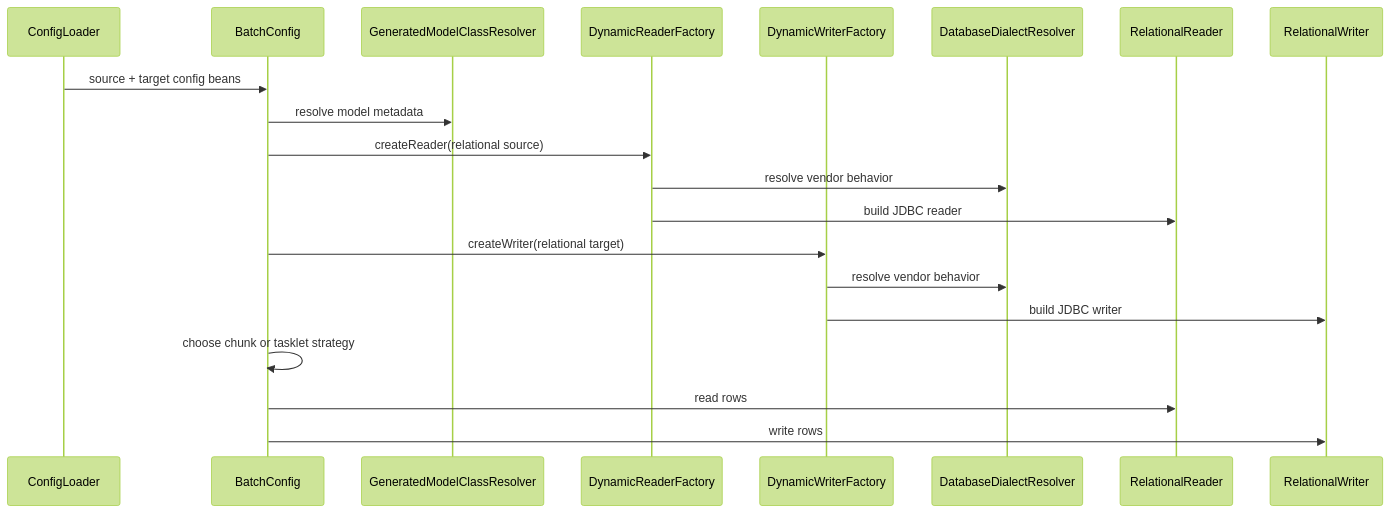
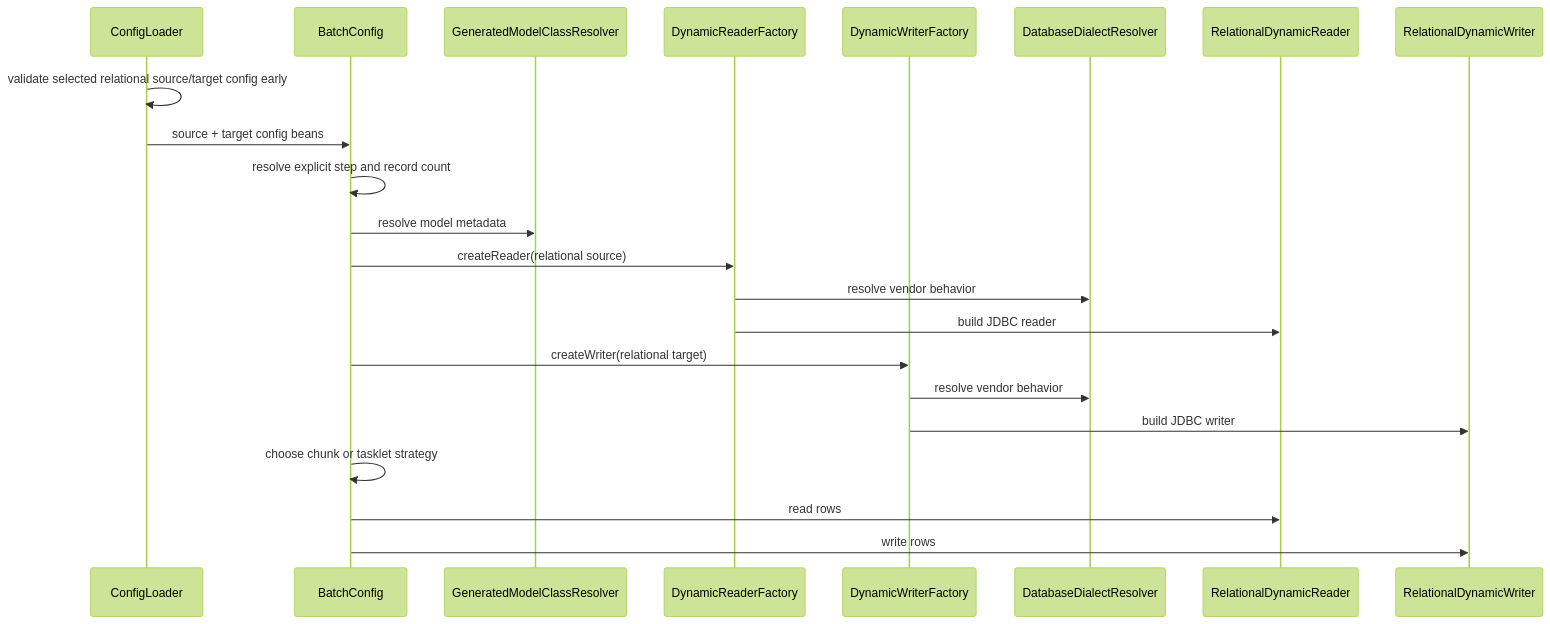
The second of 2 diagrams in docs/architecture/relational-db-support.md (kbalanandam/spring-etl-engine), drawn with Mermaid (forest theme) before and after one commit. The commit also changed other lines of this file and 146 other files, not shown here.

````diff
--- a/docs/architecture/relational-db-support.md
+++ b/docs/architecture/relational-db-support.md
@@ -239,23 +261,25 @@
 ```mermaid
 sequenceDiagram
     participant Loader as ConfigLoader
     participant Batch as BatchConfig
     participant Resolver as GeneratedModelClassResolver
     participant ReaderF as DynamicReaderFactory
     participant WriterF as DynamicWriterFactory
     participant Dialect as DatabaseDialectResolver
-    participant Reader as RelationalReader
-    participant Writer as RelationalWriter
+    participant Reader as RelationalDynamicReader
+    participant Writer as RelationalDynamicWriter
 
+    Loader->>Loader: validate selected relational source/target config early
     Loader->>Batch: source + target config beans
+    Batch->>Batch: resolve explicit step and record count
     Batch->>Resolver: resolve model metadata
     Batch->>ReaderF: createReader(relational source)
     ReaderF->>Dialect: resolve vendor behavior
     ReaderF->>Reader: build JDBC reader
     Batch->>WriterF: createWriter(relational target)
     WriterF->>Dialect: resolve vendor behavior
     WriterF->>Writer: build JDBC writer
     Batch->>Batch: choose chunk or tasklet strategy
     Batch->>Reader: read rows
     Batch->>Writer: write rows
 ```
````
